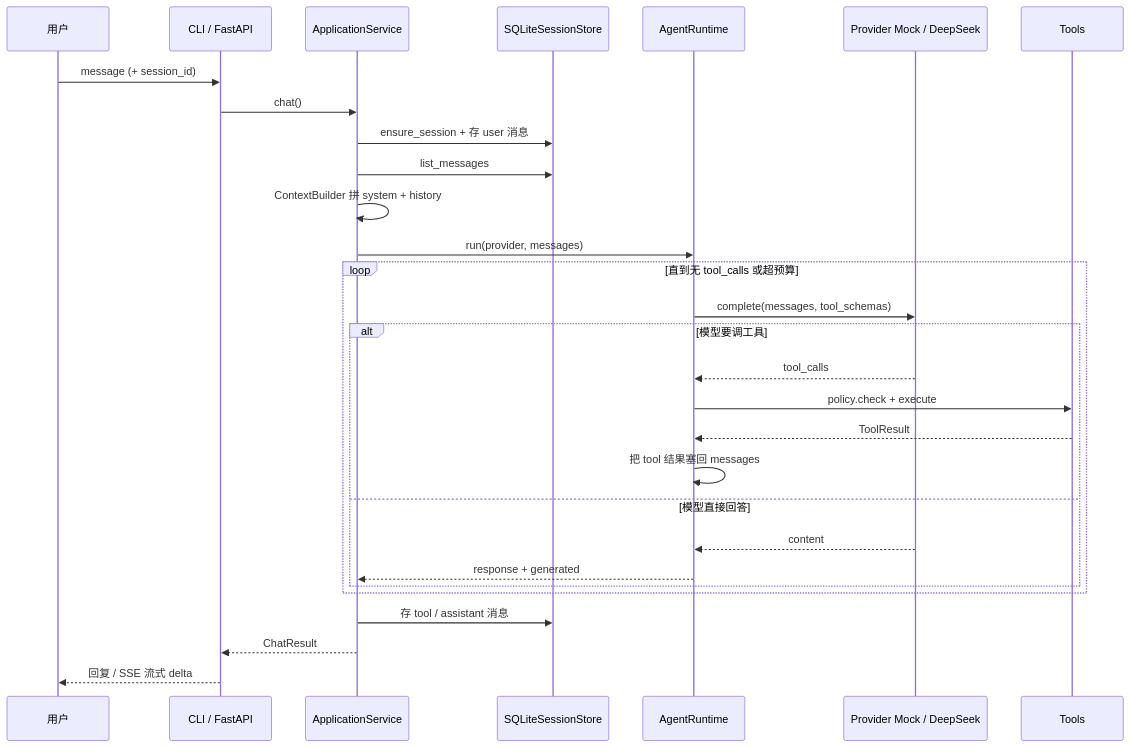
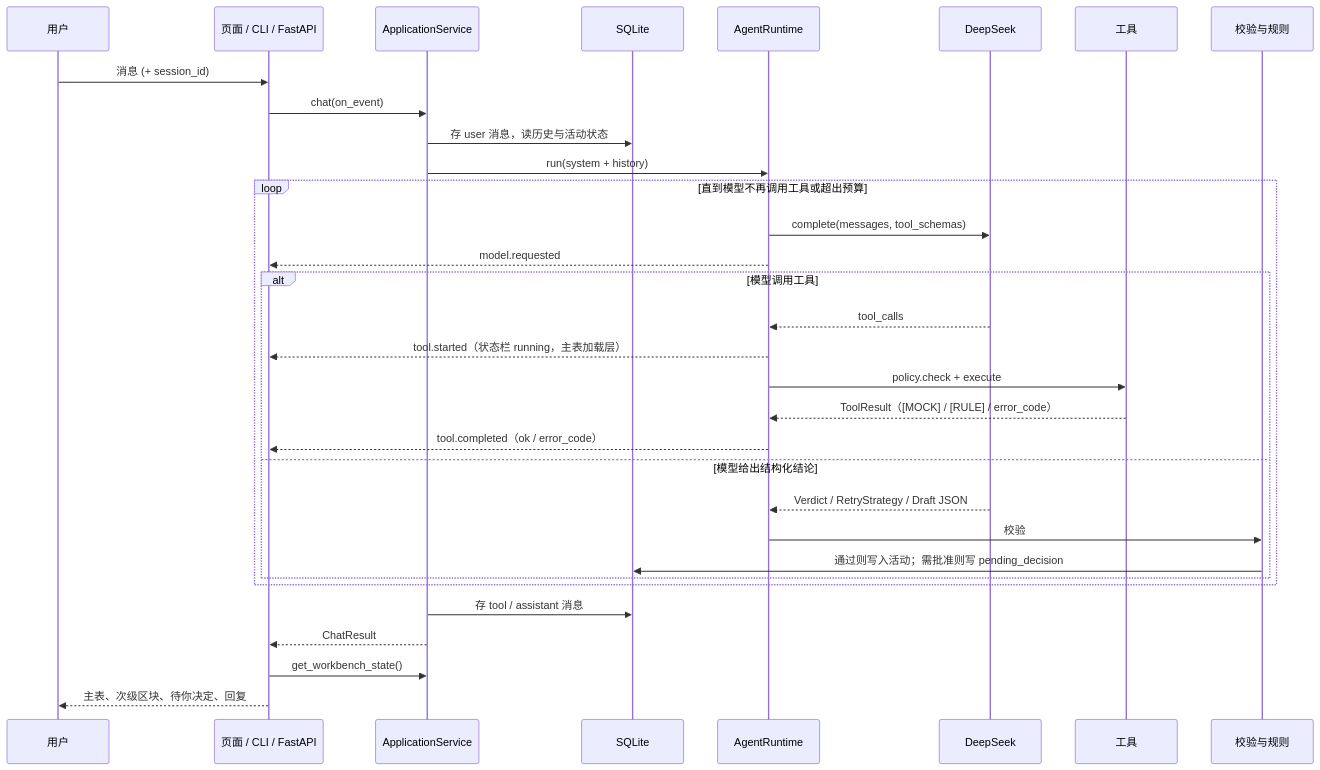
Before and after one commit to aaronzheng0111/CollabPilot: the third of 3 diagrams in README.md, drawn with Mermaid. The commit also changed other lines of this file and 80 other files, not shown here.

````diff
--- a/README.md
+++ b/README.md
@@ -24,34 +130,37 @@
 ```mermaid
 sequenceDiagram
   participant U as 用户
-  participant I as CLI / FastAPI
+  participant F as 页面 / CLI / FastAPI
   participant A as ApplicationService
-  participant S as SQLiteSessionStore
+  participant S as SQLite
   participant R as AgentRuntime
-  participant P as Provider Mock / DeepSeek
-  participant T as Tools
+  participant P as DeepSeek
+  participant T as 工具
+  participant V as 校验与规则
 
-  U->>I: message (+ session_id)
-  I->>A: chat()
-  A->>S: ensure_session + 存 user 消息
-  A->>S: list_messages
-  A->>A: ContextBuilder 拼 system + history
-  A->>R: run(provider, messages)
+  U->>F: 消息 (+ session_id)
+  F->>A: chat(on_event)
+  A->>S: 存 user 消息，读历史与活动状态
+  A->>R: run(system + history)
 
-  loop 直到无 tool_calls 或超预算
+  loop 直到模型不再调用工具或超出预算
     R->>P: complete(messages, tool_schemas)
-    alt 模型要调工具
+    R-->>F: model.requested
+    alt 模型调用工具
       P-->>R: tool_calls
+      R-->>F: tool.started（状态栏 running，主表加载层）
       R->>T: policy.check + execute
-      T-->>R: ToolResult
-      R->>R: 把 tool 结果塞回 messages
-    else 模型直接回答
-      P-->>R: content
-      R-->>A: response + generated
+      T-->>R: ToolResult（[MOCK] / [RULE] / error_code）
+      R-->>F: tool.completed（ok / error_code）
+    else 模型给出结构化结论
+      P-->>R: Verdict / RetryStrategy / Draft JSON
+      R->>V: 校验
+      V->>S: 通过则写入活动；需批准则写 pending_decision
     end
   end
 
   A->>S: 存 tool / assistant 消息
-  A-->>I: ChatResult
-  I-->>U: 回复 / SSE 流式 delta
+  A-->>F: ChatResult
+  F->>A: get_workbench_state()
+  F-->>U: 主表、次级区块、待你决定、回复
 ```
````
